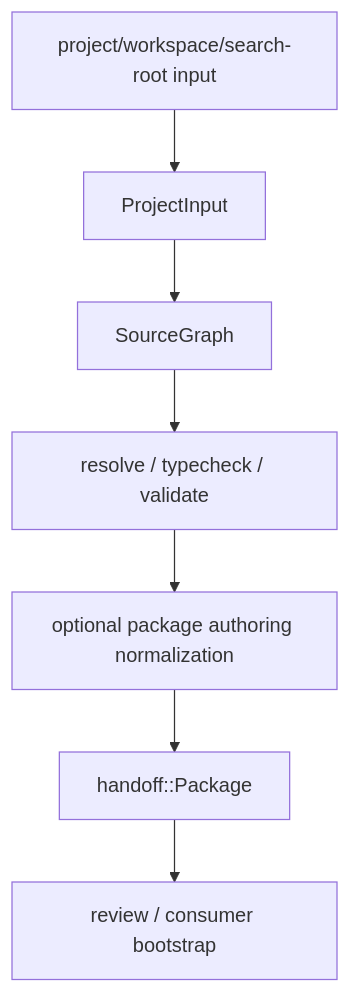
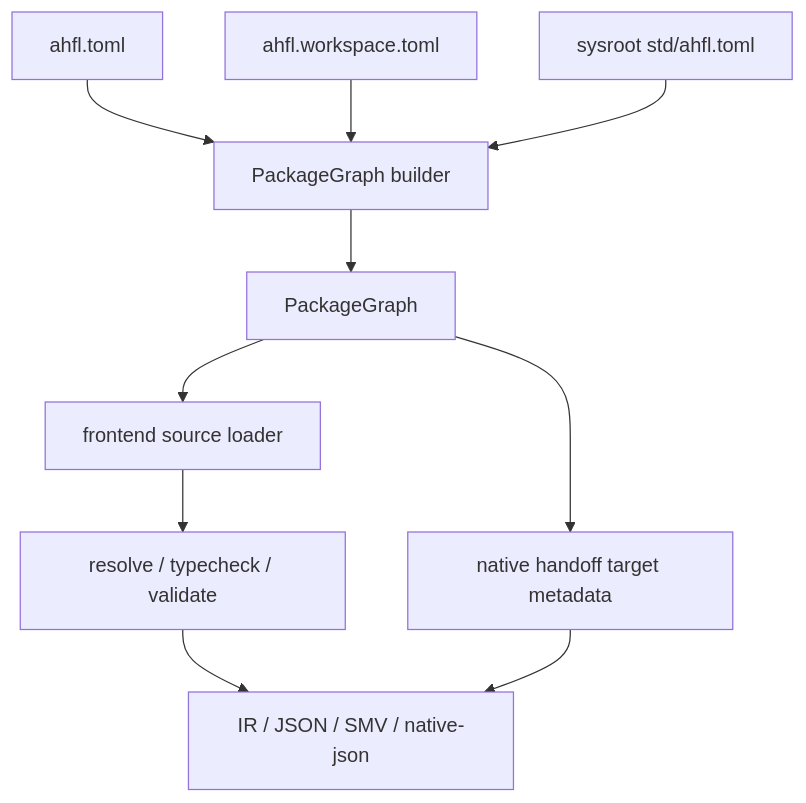
One commit to Zzzode/AHFL changed the diagram in docs/reference/project-usage.zh.md. Above: the diagram before and after it, drawn with Mermaid. The commit also changed other lines of this file, not shown here.

First line of the commit message:
docs(reference): document package usage model

````diff
--- a/docs/reference/project-usage.zh.md
+++ b/docs/reference/project-usage.zh.md
@@ -46,9 +32,12 @@
 ```mermaid
 flowchart TD
-    Input["project/workspace/search-root input"] --> ProjectInput["ProjectInput"]
-    ProjectInput --> SourceGraph["SourceGraph"]
-    SourceGraph --> Semantics["resolve / typecheck / validate"]
-    Semantics --> PackageNormalization["optional package authoring normalization"]
-    PackageNormalization --> Package["handoff::Package"]
-    Package --> Consumers["review / consumer bootstrap"]
+    Manifest["ahfl.toml"] --> Builder["PackageGraph builder"]
+    Workspace["ahfl.workspace.toml"] --> Builder
+    Sysroot["sysroot std/ahfl.toml"] --> Builder
+    Builder --> Graph["PackageGraph"]
+    Graph --> Loader["frontend source loader"]
+    Loader --> Semantics["resolve / typecheck / validate"]
+    Graph --> Native["native handoff target metadata"]
+    Semantics --> Backends["IR / JSON / SMV / native-json"]
+    Native --> Backends
 ```
````
